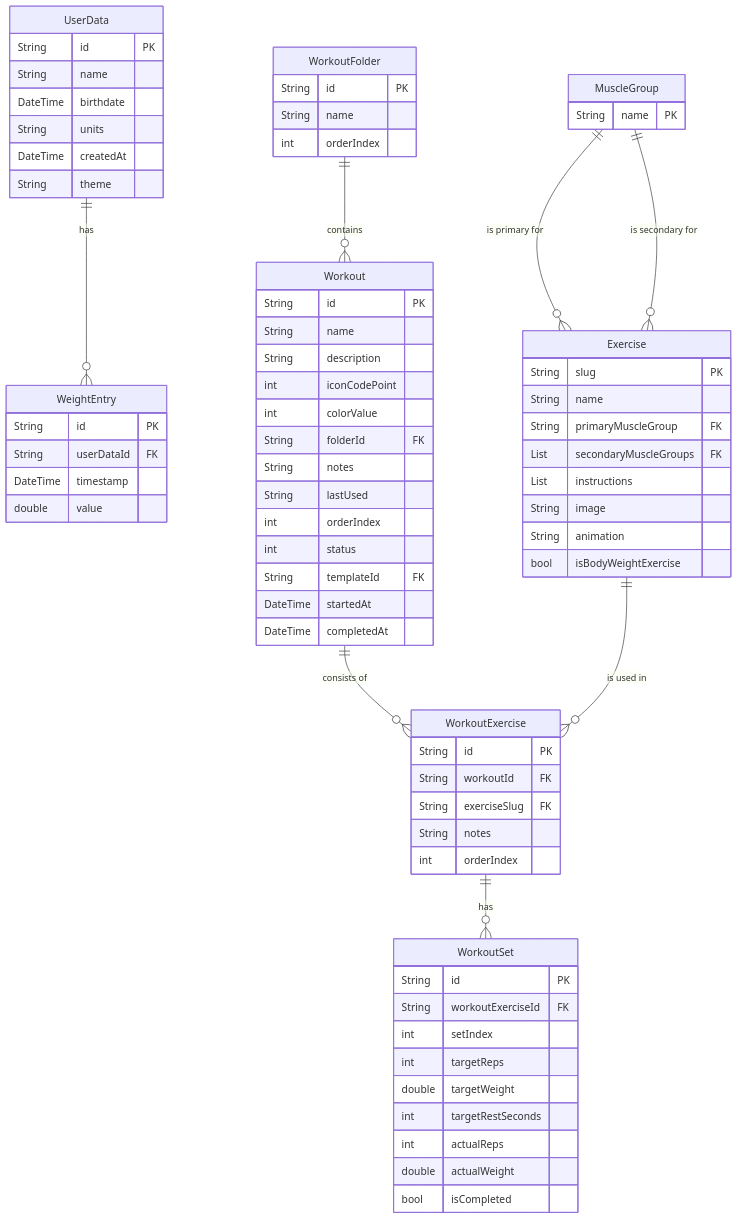
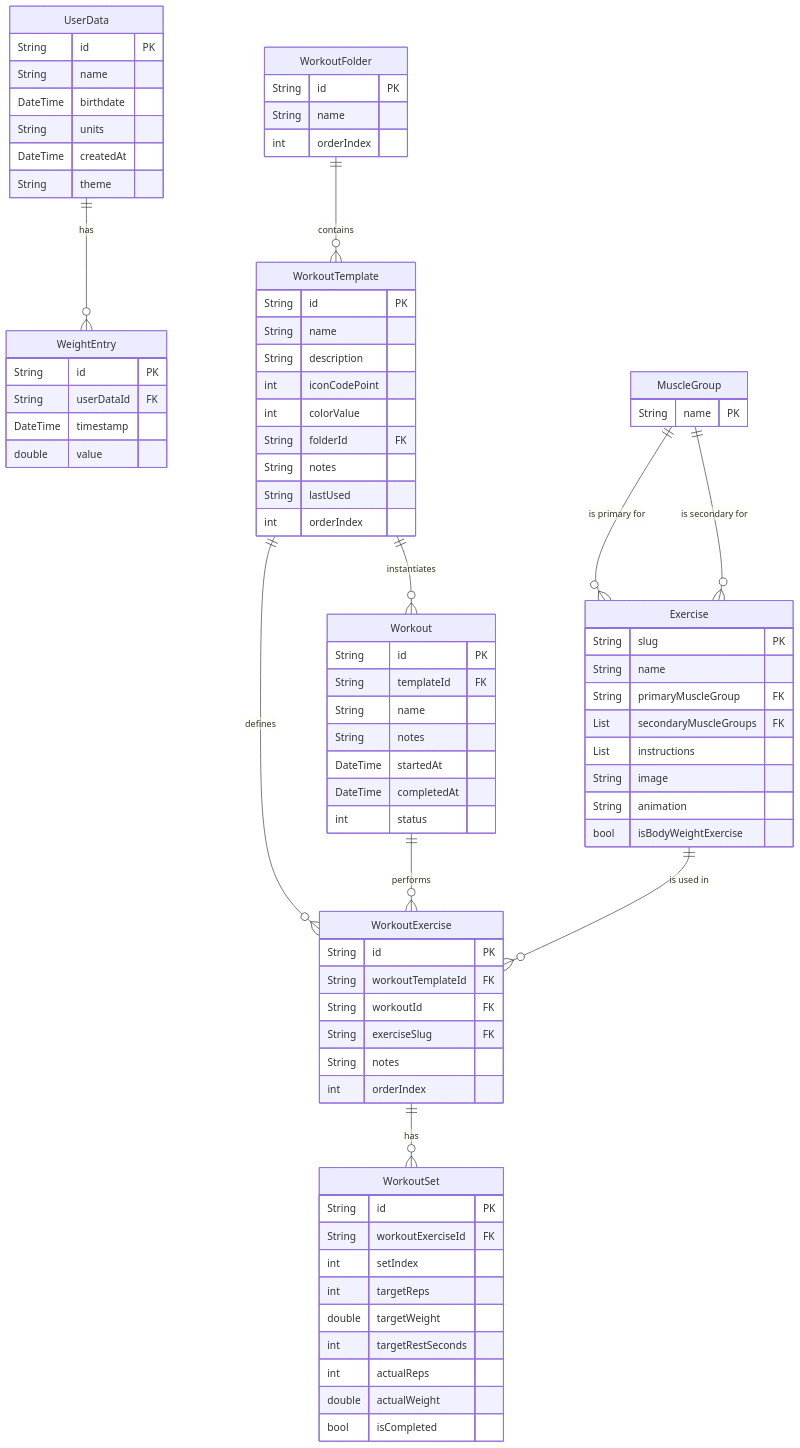
One commit to ManuelMuehlberger/zenith changed the diagram in docs/database_schema.md. Above: the diagram before and after it, drawn with Mermaid. The commit also changed other lines of this file and 62 other files, not shown here.

````diff
--- a/docs/database_schema.md
+++ b/docs/database_schema.md
@@ -7,8 +7,10 @@
 ```mermaid
 erDiagram
     UserData ||--o{ WeightEntry : "has"
-    WorkoutFolder ||--o{ Workout : "contains"
-    Workout ||--o{ WorkoutExercise : "consists of"
+    WorkoutFolder ||--o{ WorkoutTemplate : "contains"
+    WorkoutTemplate ||--o{ Workout : "instantiates"
+    WorkoutTemplate ||--o{ WorkoutExercise : "defines"
+    Workout ||--o{ WorkoutExercise : "performs"
     WorkoutExercise ||--o{ WorkoutSet : "has"
     Exercise ||--o{ WorkoutExercise : "is used in"
     MuscleGroup ||--o{ Exercise : "is primary for"
@@ -36,7 +38,7 @@
         int orderIndex
     }
 
-    Workout {
+    WorkoutTemplate {
         String id PK
         String name
         String description
@@ -46,14 +48,21 @@
         String notes
         String lastUsed
         int orderIndex
-        int status
+    }
+
+    Workout {
+        String id PK
         String templateId FK
+        String name
+        String notes
         DateTime startedAt
         DateTime completedAt
+        int status
     }
 
     WorkoutExercise {
         String id PK
+        String workoutTemplateId FK
         String workoutId FK
         String exerciseSlug FK
         String notes
````
